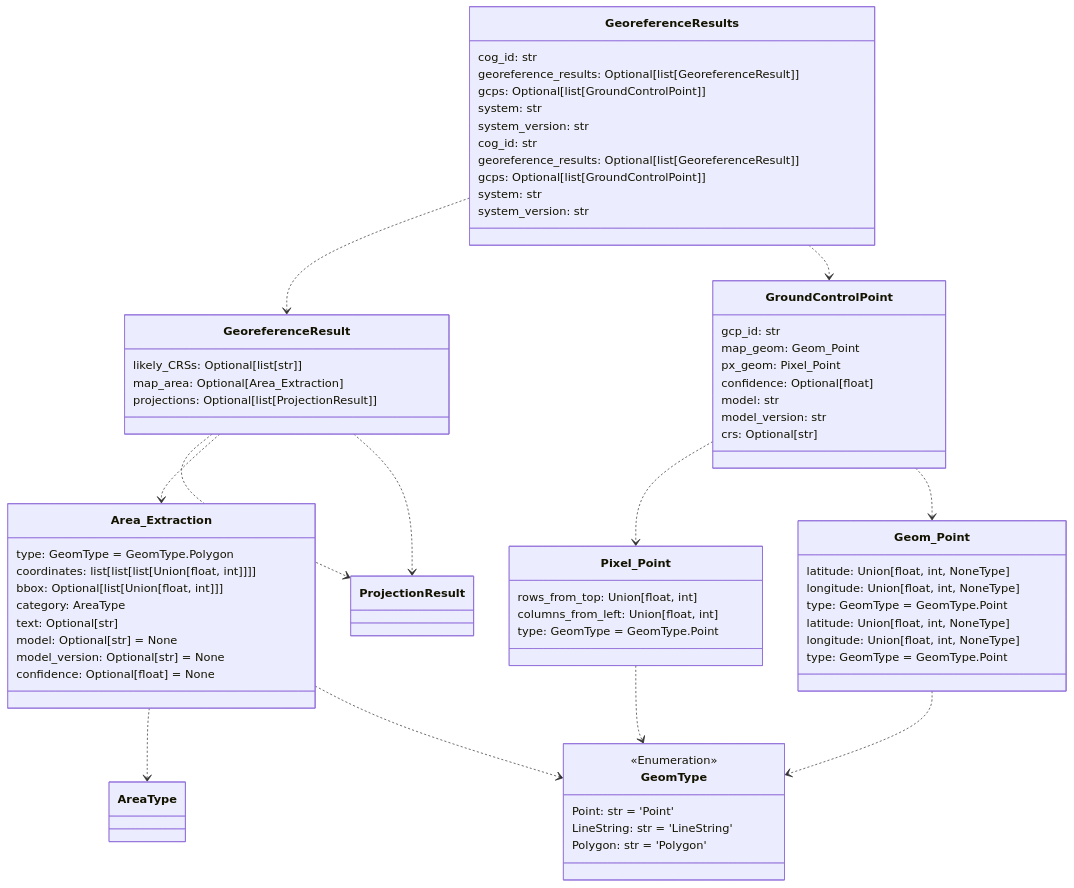
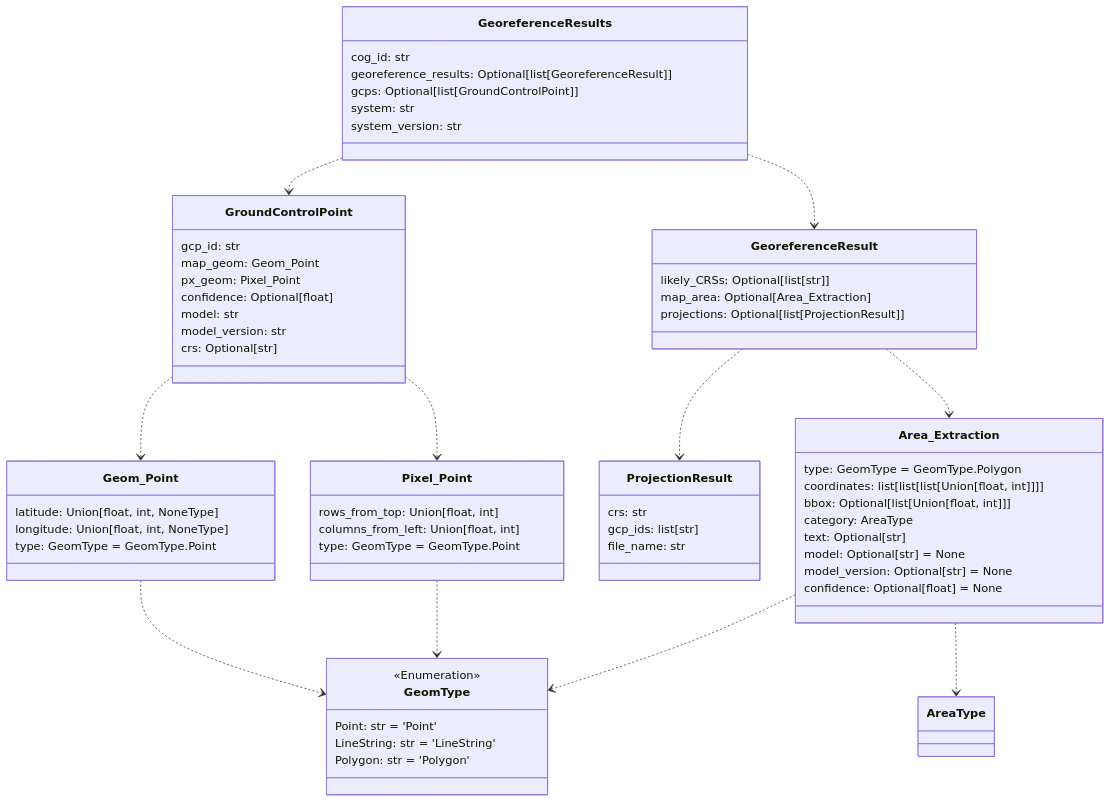
The second of 12 diagrams in README.md (DARPA-CRITICALMAAS/cdr_schemas), drawn with Mermaid before and after one commit. The commit also changed other lines of this file, not shown here.

````diff
--- a/README.md
+++ b/README.md
@@ -113,13 +113,5 @@
 ```mermaid
 classDiagram
-
-    class GeoreferenceResults {
-        cog_id: str
-        georeference_results: Optional[list[GeoreferenceResult]]
-        gcps: Optional[list[GroundControlPoint]]
-        system: str
-        system_version: str
-    }
 
     class Geom_Point {
         latitude: Union[float, int, NoneType]
@@ -127,47 +119,10 @@
         type: GeomType = GeomType.Point
     }
 
-    class GeoreferenceResults {
-        cog_id: str
-        georeference_results: Optional[list[GeoreferenceResult]]
-        gcps: Optional[list[GroundControlPoint]]
-        system: str
-        system_version: str
-    }
-
     class Pixel_Point {
         rows_from_top: Union[float, int]
         columns_from_left: Union[float, int]
         type: GeomType = GeomType.Point
-    }
-
-    class GeoreferenceResult {
-        likely_CRSs: Optional[list[str]]
-        map_area: Optional[Area_Extraction]
-        projections: Optional[list[ProjectionResult]]
-    }
-
-    class Geom_Point {
-        latitude: Union[float, int, NoneType]
-        longitude: Union[float, int, NoneType]
-        type: GeomType = GeomType.Point
-    }
-
-    class GroundControlPoint {
-        gcp_id: str
-        map_geom: Geom_Point
-        px_geom: Pixel_Point
-        confidence: Optional[float]
-        model: str
-        model_version: str
-        crs: Optional[str]
-    }
-
-    class GeomType {
-        <<Enumeration>>
-        Point: str = 'Point'
-        LineString: str = 'LineString'
-        Polygon: str = 'Polygon'
     }
 
     class Area_Extraction {
@@ -181,17 +136,53 @@
         confidence: Optional[float] = None
     }
 
+    class GeoreferenceResults {
+        cog_id: str
+        georeference_results: Optional[list[GeoreferenceResult]]
+        gcps: Optional[list[GroundControlPoint]]
+        system: str
+        system_version: str
+    }
+
+    class ProjectionResult {
+        crs: str
+        gcp_ids: list[str]
+        file_name: str
+    }
+
+    class GeoreferenceResult {
+        likely_CRSs: Optional[list[str]]
+        map_area: Optional[Area_Extraction]
+        projections: Optional[list[ProjectionResult]]
+    }
+
+    class GeomType {
+        <<Enumeration>>
+        Point: str = 'Point'
+        LineString: str = 'LineString'
+        Polygon: str = 'Polygon'
+    }
+
+    class GroundControlPoint {
+        gcp_id: str
+        map_geom: Geom_Point
+        px_geom: Pixel_Point
+        confidence: Optional[float]
+        model: str
+        model_version: str
+        crs: Optional[str]
+    }
+
+    Area_Extraction ..> GeomType
     Area_Extraction ..> AreaType
-    Area_Extraction ..> GeomType
     Geom_Point ..> GeomType
     Pixel_Point ..> GeomType
+    GroundControlPoint ..> Geom_Point
     GroundControlPoint ..> Pixel_Point
-    GroundControlPoint ..> Geom_Point
     GeoreferenceResult ..> ProjectionResult
     GeoreferenceResult ..> Area_Extraction
-    GeoreferenceResult ..> ProjectionResult
+    GeoreferenceResults ..> GroundControlPoint
     GeoreferenceResults ..> GeoreferenceResult
-    GeoreferenceResults ..> GroundControlPoint
 
 
 ```
````
